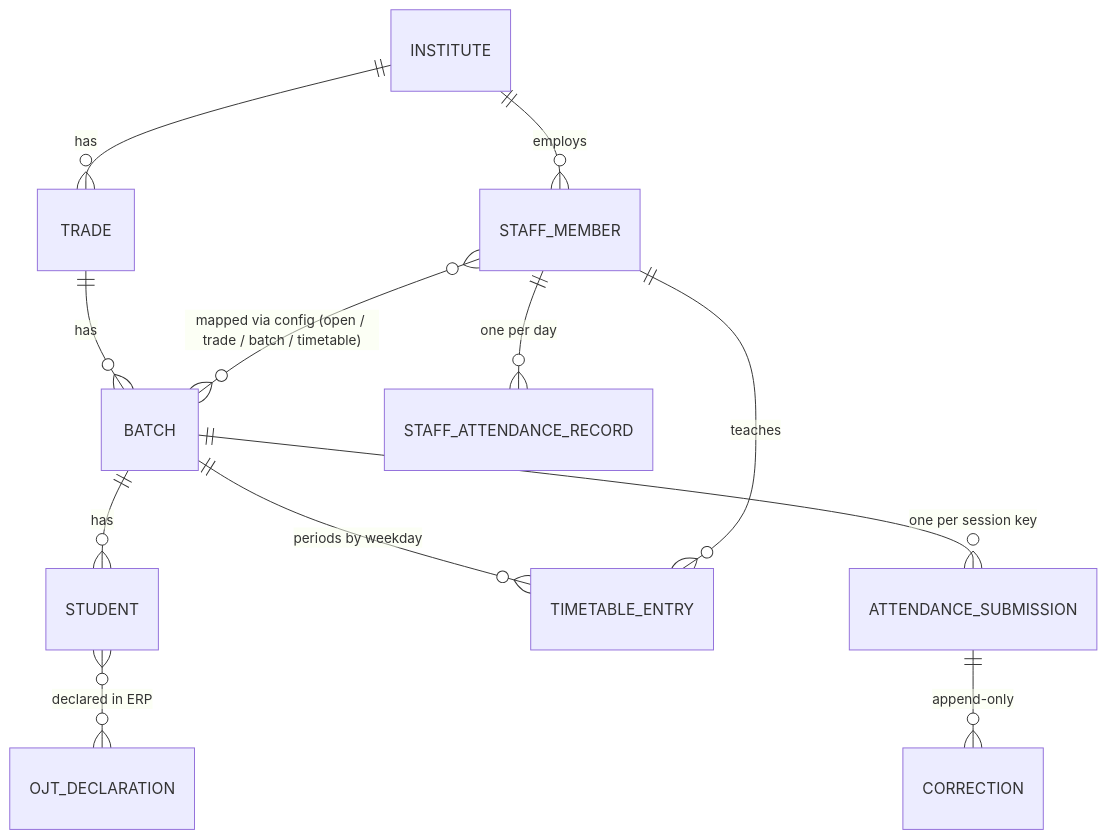
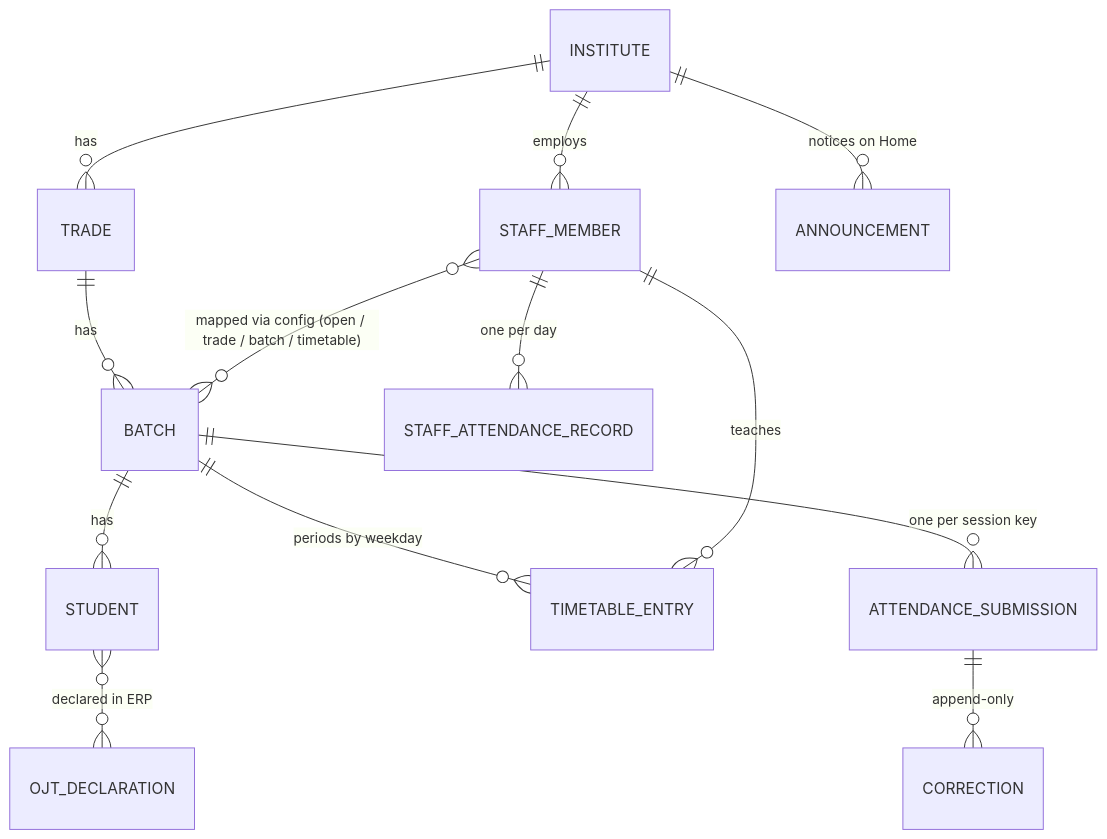
One commit to repo-sumit/KSK-Att changed the diagram in docs/DATA_MODEL.md. Above: the diagram before and after it, drawn with Mermaid. The commit also changed other lines of this file and 147 other files, not shown here.

````diff
--- a/docs/DATA_MODEL.md
+++ b/docs/DATA_MODEL.md
@@ -5,14 +5,15 @@
 ```mermaid
 erDiagram
   INSTITUTE ||--o{ TRADE : has
   TRADE ||--o{ BATCH : has
   BATCH ||--o{ STUDENT : has
   INSTITUTE ||--o{ STAFF_MEMBER : employs
   STAFF_MEMBER }o--o{ BATCH : "mapped via config (open / trade / batch / timetable)"
   BATCH ||--o{ TIMETABLE_ENTRY : "periods by weekday"
   STAFF_MEMBER ||--o{ TIMETABLE_ENTRY : teaches
   BATCH ||--o{ ATTENDANCE_SUBMISSION : "one per session key"
   ATTENDANCE_SUBMISSION ||--o{ CORRECTION : "append-only"
   STAFF_MEMBER ||--o{ STAFF_ATTENDANCE_RECORD : "one per day"
   STUDENT }o--o{ OJT_DECLARATION : "declared in ERP"
+  INSTITUTE ||--o{ ANNOUNCEMENT : "notices on Home"
 ```
````
